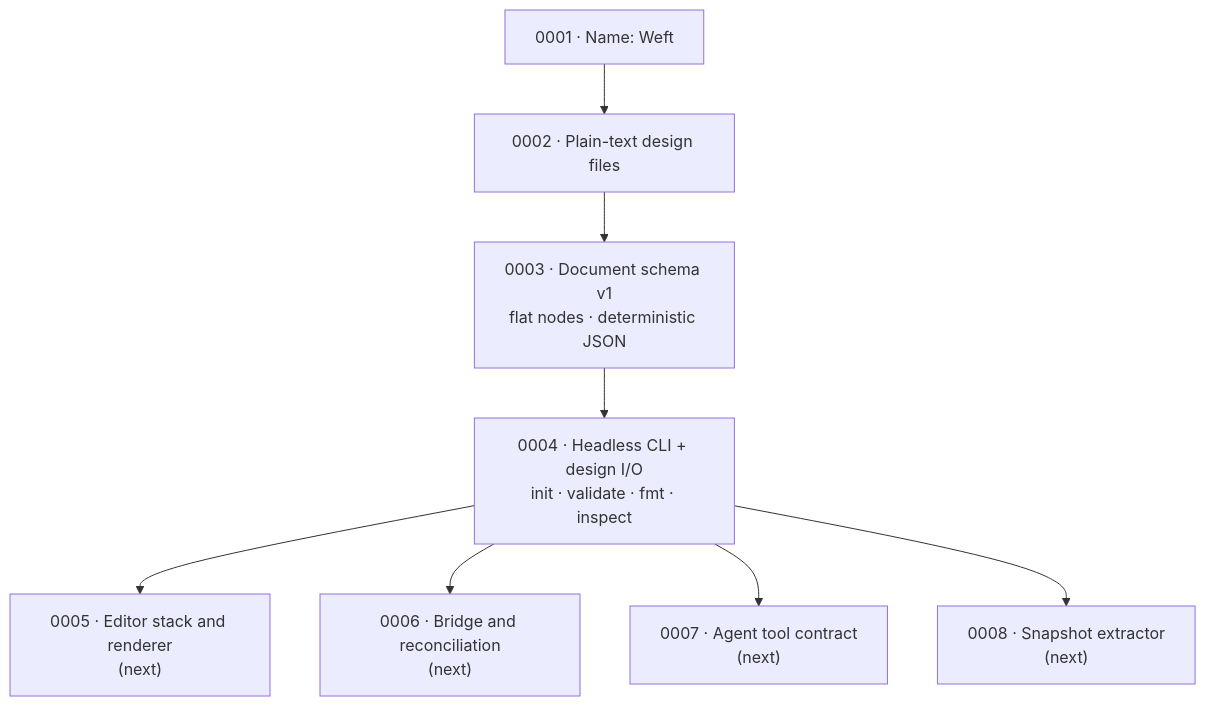
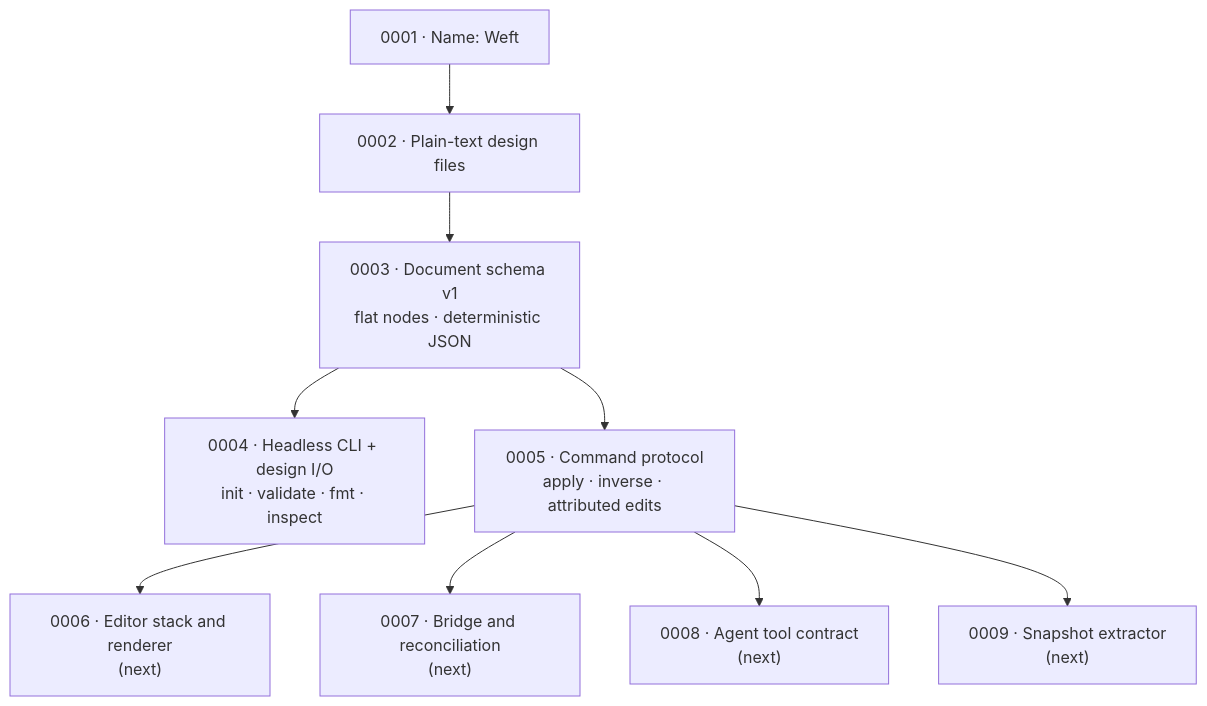
The diagram in docs/decisions/README.md (Pranesh-Selvaraj/Weft), drawn with Mermaid before and after one commit. The commit also changed other lines of this file and 14 other files, not shown here.

First line of the commit message:
Add the command protocol and CLI editing loop

````diff
--- a/docs/decisions/README.md
+++ b/docs/decisions/README.md
@@ -27,10 +28,11 @@
 ```mermaid
 graph TD
     A["0001 · Name: Weft"] --> B["0002 · Plain-text design files"]
     B --> C["0003 · Document schema v1<br/>flat nodes · deterministic JSON"]
     C --> D["0004 · Headless CLI + design I/O<br/>init · validate · fmt · inspect"]
-    D --> E["0005 · Editor stack and renderer<br/>(next)"]
-    D --> F["0006 · Bridge and reconciliation<br/>(next)"]
-    D --> G["0007 · Agent tool contract<br/>(next)"]
-    D --> H["0008 · Snapshot extractor<br/>(next)"]
+    C --> E["0005 · Command protocol<br/>apply · inverse · attributed edits"]
+    E --> F["0006 · Editor stack and renderer<br/>(next)"]
+    E --> G["0007 · Bridge and reconciliation<br/>(next)"]
+    E --> H["0008 · Agent tool contract<br/>(next)"]
+    E --> I["0009 · Snapshot extractor<br/>(next)"]
 ```
````
